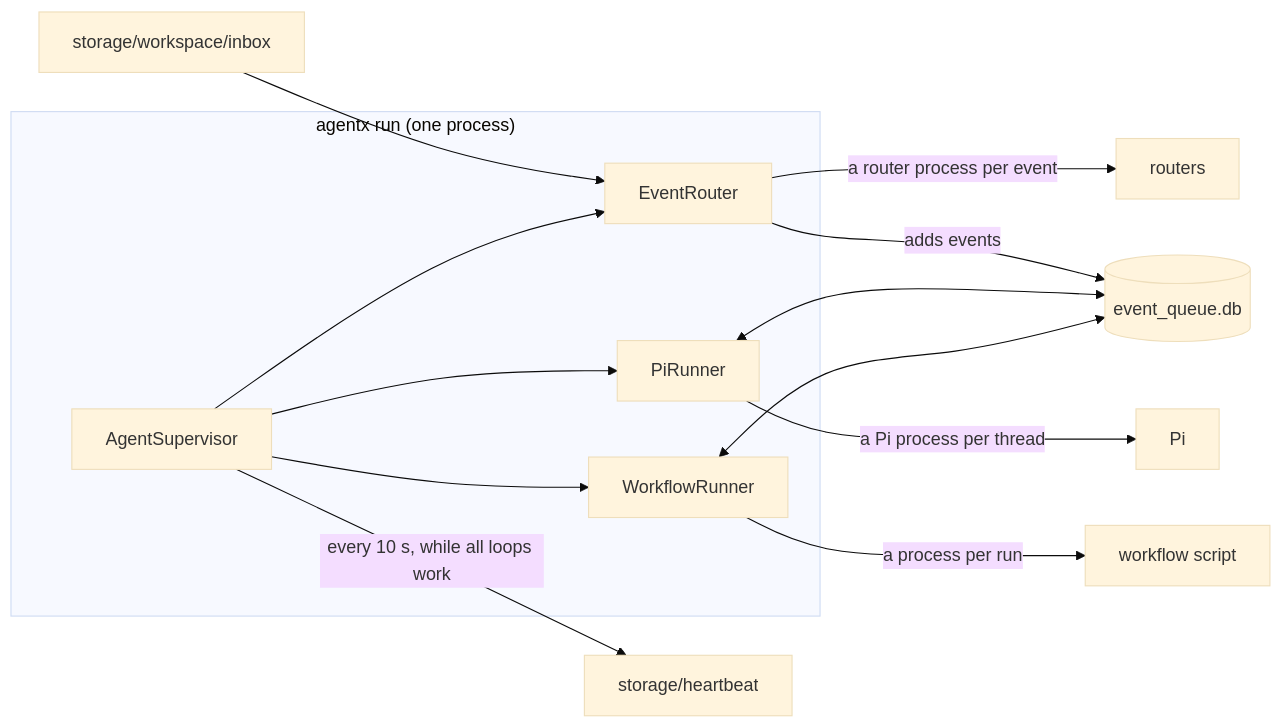
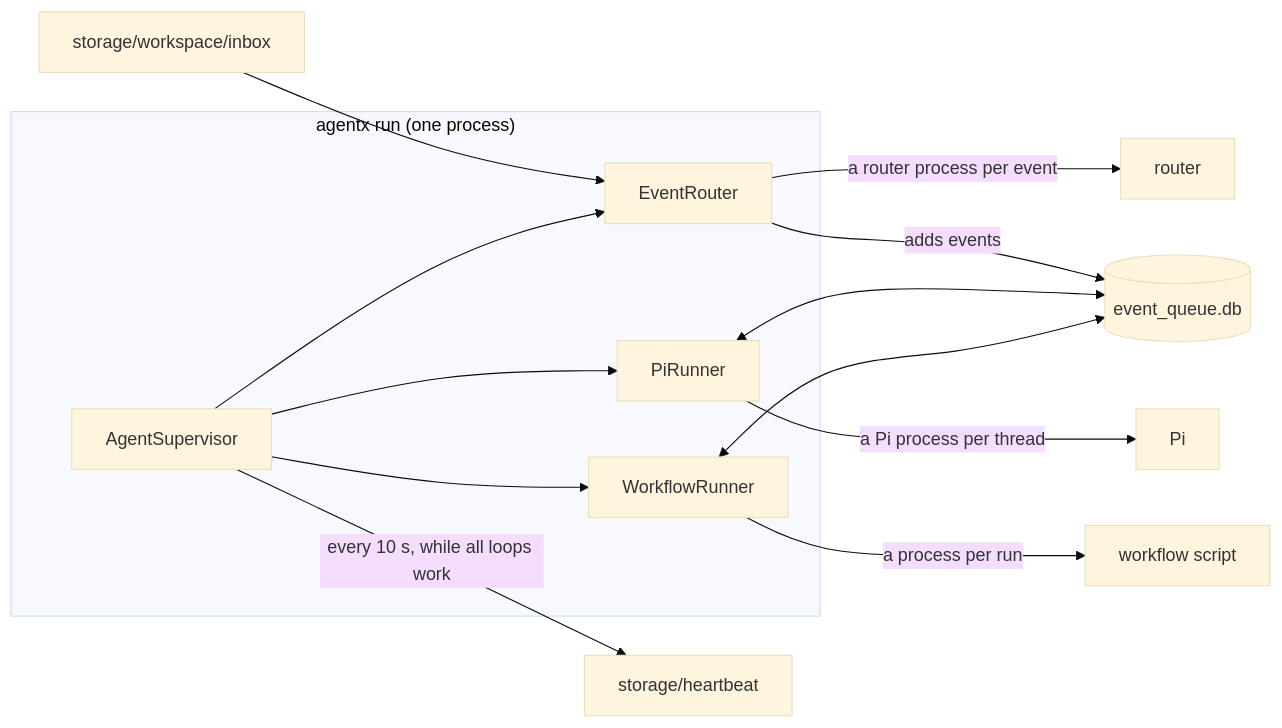
Before and after one commit to cognisphere-sh/agent-x: the diagram in docs/architecture/agent-runtime/supervisor/README.md, drawn with Mermaid (base theme). The commit also changed other lines of this file and 66 other files, not shown here.

````diff
--- a/docs/architecture/agent-runtime/supervisor/README.md
+++ b/docs/architecture/agent-runtime/supervisor/README.md
@@ -11,13 +11,13 @@
 ```mermaid
 flowchart LR
   IN["storage/workspace/inbox"] --> ER
   subgraph RUN["agentx run (one process)"]
     S["AgentSupervisor"] --> ER["EventRouter"] & PR["PiRunner"] & WR["WorkflowRunner"]
   end
-  ER -- "a router process per event" --> R["routers"]
+  ER -- "a router process per event" --> R["router"]
   ER -- "adds events" --> Q[("event_queue.db")]
   PR -- "a Pi process per thread" --> PI["Pi"]
   WR -- "a process per run" --> W["workflow script"]
   PR & WR <--> Q
   S -- "every 10 s, while all loops work" --> H["storage/heartbeat"]
 ```
````
